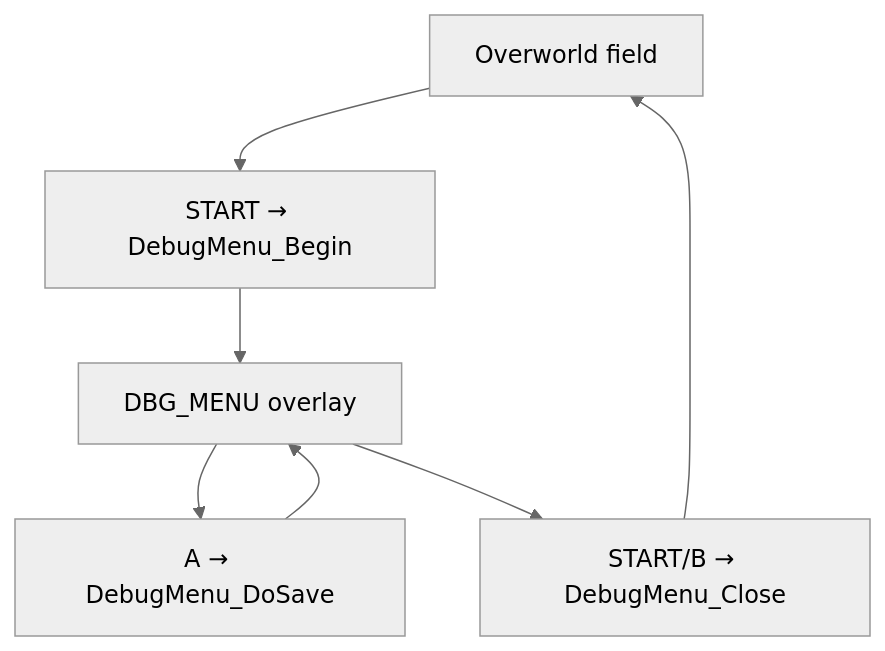
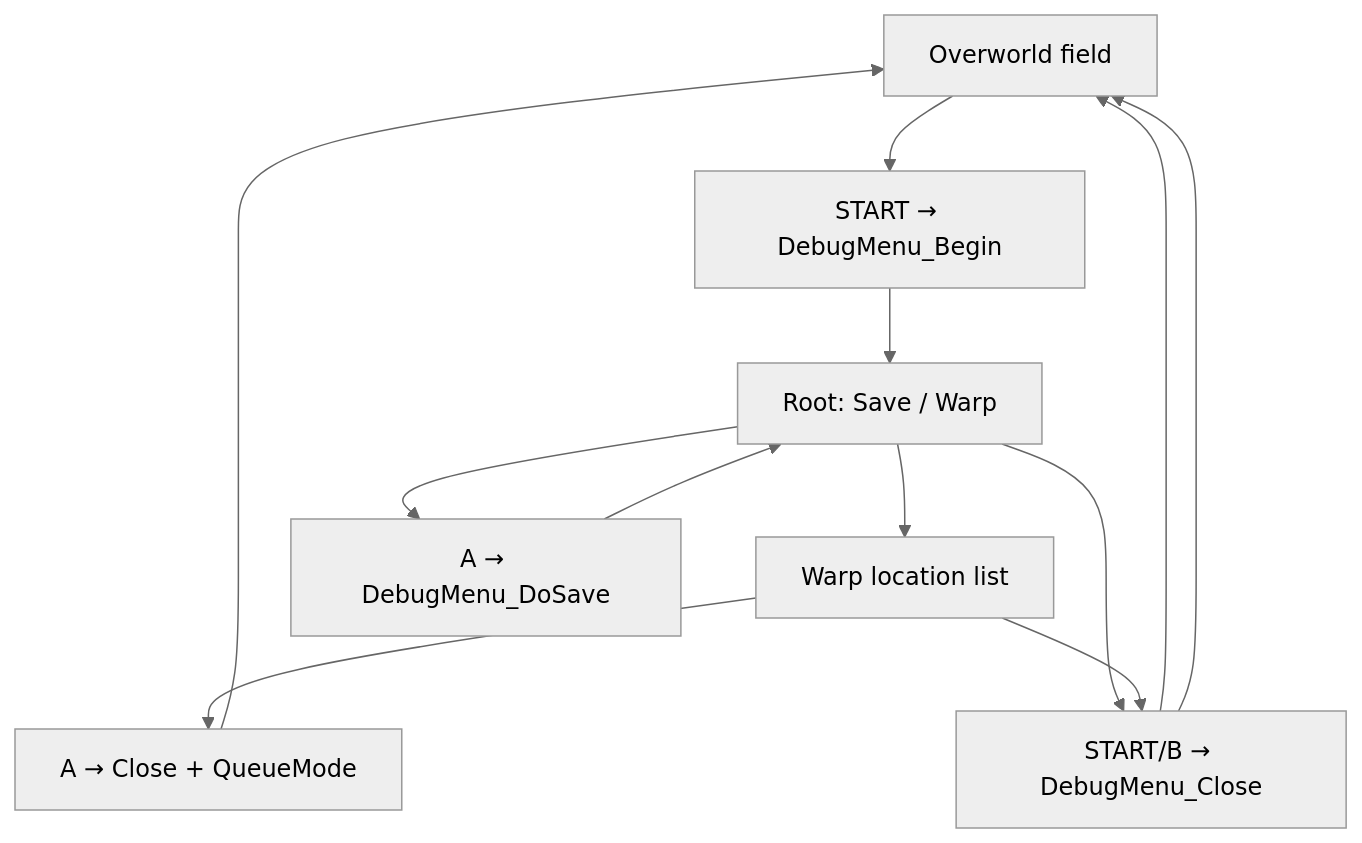
Before and after one commit to JesterWizard/sigma_star_saga: the diagram in documentation/debug-menu.md, drawn with Mermaid (neutral theme). The commit also changed other lines of this file and 6 other files, not shown here.

````diff
--- a/documentation/debug-menu.md
+++ b/documentation/debug-menu.md
@@ -41,11 +44,16 @@
 ```mermaid
 flowchart TD
   field["Overworld field"]
   open["START → DebugMenu_Begin"]
-  menu["DBG_MENU overlay"]
+  root["Root: Save / Warp"]
+  warp["Warp location list"]
   save["A → DebugMenu_DoSave"]
+  go["A → Close + QueueMode"]
   close["START/B → DebugMenu_Close"]
-  field --> open --> menu
-  menu --> save --> menu
-  menu --> close --> field
+  field --> open --> root
+  root --> save --> root
+  root --> warp
+  warp --> go --> field
+  root --> close --> field
+  warp --> close --> field
 ```
````
